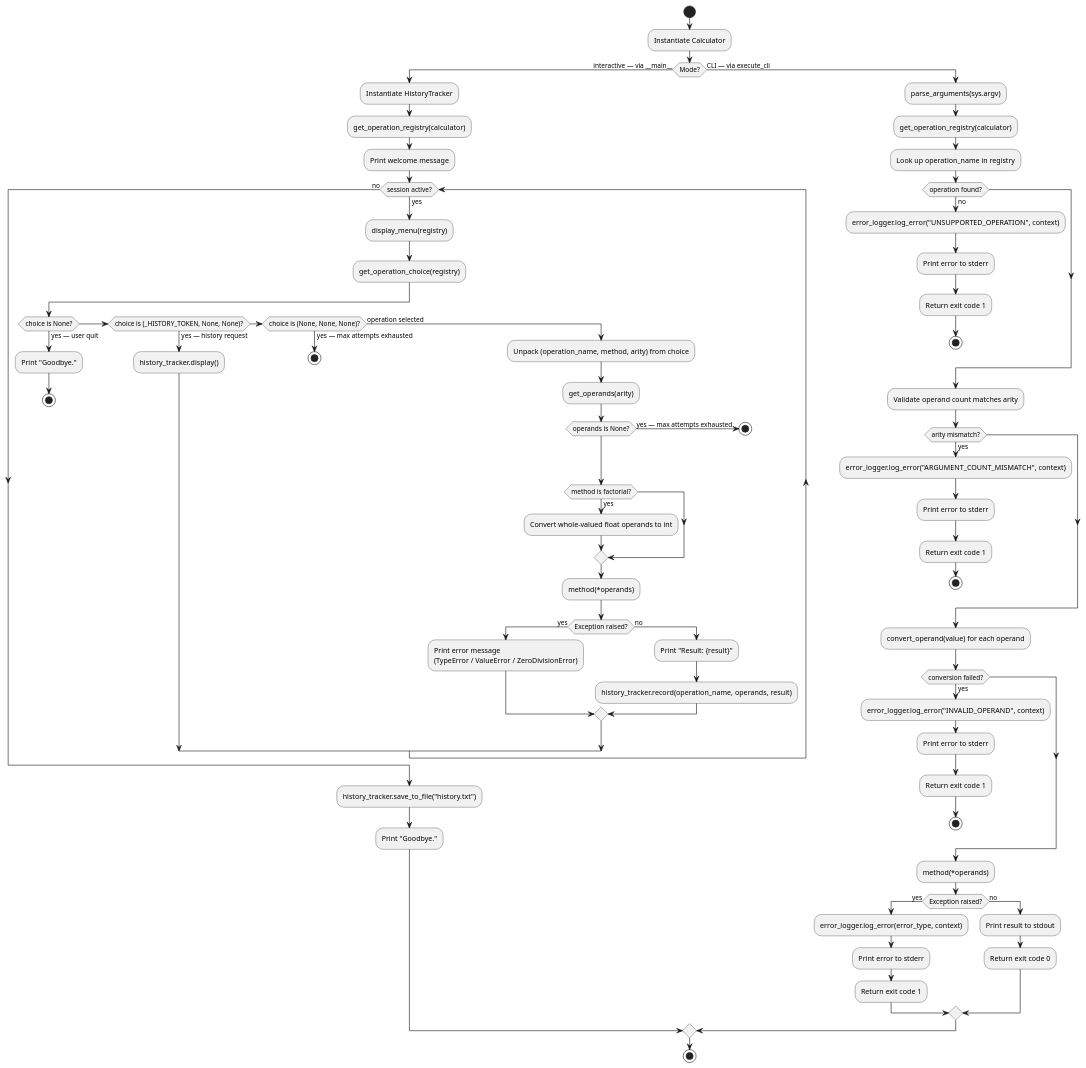
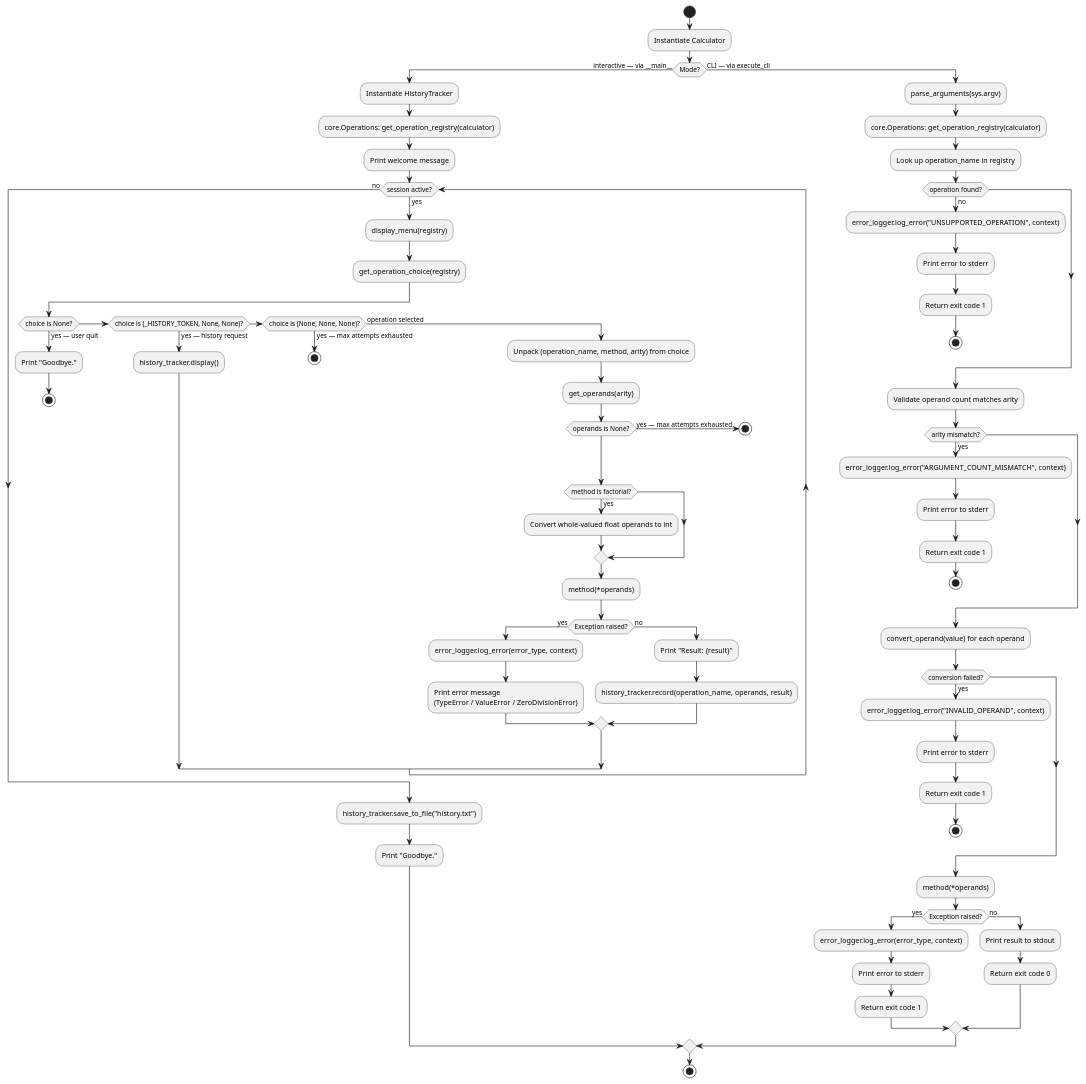
One commit to DanielRiha8906/Calculator_bachelor_autoevolution_team changed the diagram in artifacts/activity_diagram.puml. Above: the diagram before and after it, drawn with PlantUML. The commit also changed 3 other files, not shown here.

First line of the commit message:
chore: update PlantUML diagrams

```diff
--- a/artifacts/activity_diagram.puml
+++ b/artifacts/activity_diagram.puml
@@ -1,96 +1,97 @@
 @startuml activity_diagram
 
 start
 
 :Instantiate Calculator;
 
 if (Mode?) then (interactive — via __main__)
 
     :Instantiate HistoryTracker;
-    :get_operation_registry(calculator);
+    :core.Operations: get_operation_registry(calculator);
     :Print welcome message;
 
     while (session active?) is (yes)
 
         :display_menu(registry);
         :get_operation_choice(registry);
 
         if (choice is None?) then (yes — user quit)
             :Print "Goodbye.";
             stop
         elseif (choice is (_HISTORY_TOKEN, None, None)?) then (yes — history request)
             :history_tracker.display();
         elseif (choice is (None, None, None)?) then (yes — max attempts exhausted)
             stop
         else (operation selected)
             :Unpack (operation_name, method, arity) from choice;
             :get_operands(arity);
 
             if (operands is None?) then (yes — max attempts exhausted)
                 stop
             endif
 
             if (method is factorial?) then (yes)
                 :Convert whole-valued float operands to int;
             endif
 
             :method(*operands);
 
             if (Exception raised?) then (yes)
+                :error_logger.log_error(error_type, context);
                 :Print error message\n(TypeError / ValueError / ZeroDivisionError);
             else (no)
                 :Print "Result: {result}";
                 :history_tracker.record(operation_name, operands, result);
             endif
         endif
 
     endwhile (no)
 
     :history_tracker.save_to_file("history.txt");
     :Print "Goodbye.";
 
 else (CLI — via execute_cli)
 
     :parse_arguments(sys.argv);
-    :get_operation_registry(calculator);
+    :core.Operations: get_operation_registry(calculator);
 
     :Look up operation_name in registry;
     if (operation found?) then (no)
         :error_logger.log_error("UNSUPPORTED_OPERATION", context);
         :Print error to stderr;
         :Return exit code 1;
         stop
     endif
 
     :Validate operand count matches arity;
     if (arity mismatch?) then (yes)
         :error_logger.log_error("ARGUMENT_COUNT_MISMATCH", context);
         :Print error to stderr;
         :Return exit code 1;
         stop
     endif
 
     :convert_operand(value) for each operand;
     if (conversion failed?) then (yes)
         :error_logger.log_error("INVALID_OPERAND", context);
         :Print error to stderr;
         :Return exit code 1;
         stop
     endif
 
     :method(*operands);
 
     if (Exception raised?) then (yes)
         :error_logger.log_error(error_type, context);
         :Print error to stderr;
         :Return exit code 1;
     else (no)
         :Print result to stdout;
         :Return exit code 0;
     endif
 
 endif
 
 stop
 
 @enduml
```
